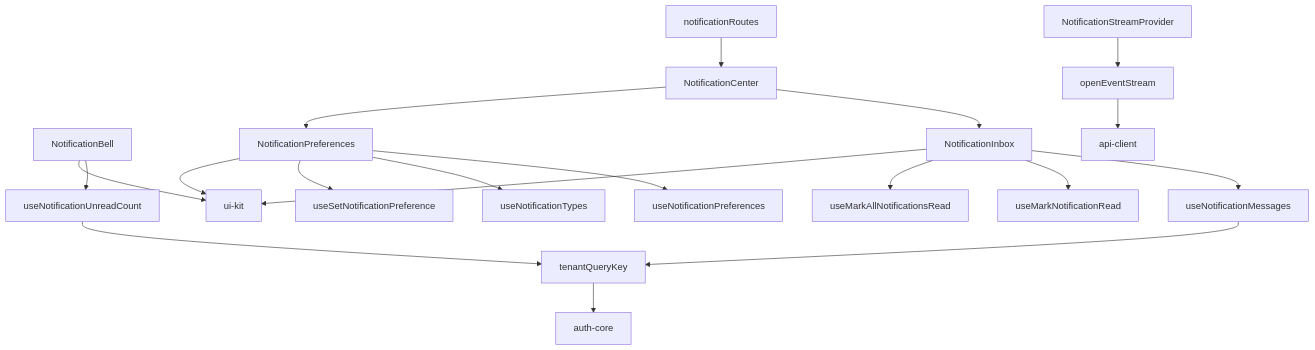
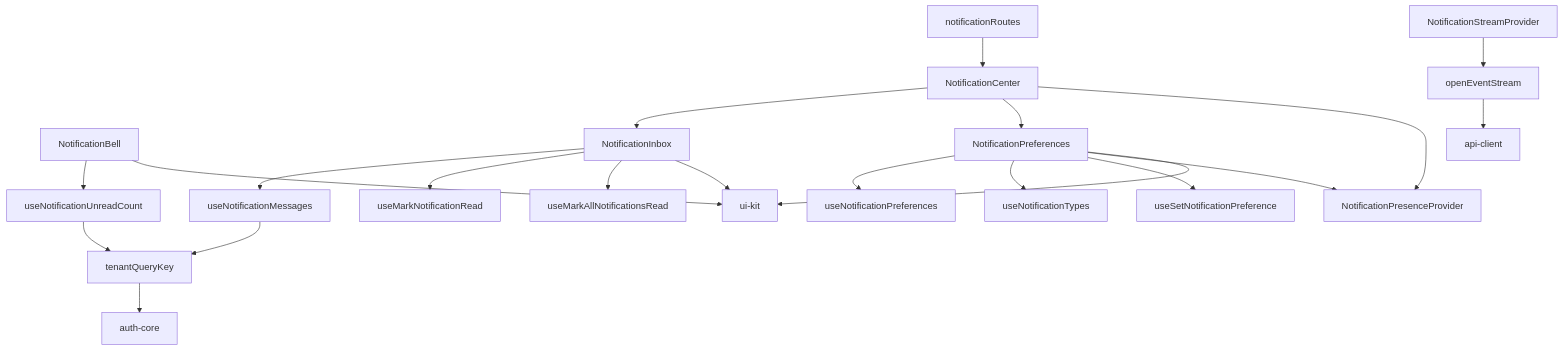
One commit to wangzw/speed changed the diagram in docs/design/modules/web/design-web-notification-ui.md. Above: the diagram before and after it, drawn with Mermaid. The commit also changed other lines of this file and 38 other files, not shown here.

````diff
--- a/docs/design/modules/web/design-web-notification-ui.md
+++ b/docs/design/modules/web/design-web-notification-ui.md
@@ -77,21 +93,23 @@
 ```mermaid
 graph TD
     NotificationBell --> useNotificationUnreadCount
     NotificationInbox --> useNotificationMessages
     NotificationInbox --> useMarkNotificationRead
     NotificationInbox --> useMarkAllNotificationsRead
     NotificationPreferences --> useNotificationPreferences
     NotificationPreferences --> useNotificationTypes
     NotificationPreferences --> useSetNotificationPreference
     NotificationCenter --> NotificationInbox
     NotificationCenter --> NotificationPreferences
+    NotificationCenter --> NotificationPresenceProvider
+    NotificationPreferences --> NotificationPresenceProvider
     NotificationStreamProvider --> openEventStream
     notificationRoutes --> NotificationCenter
     useNotificationUnreadCount --> tenantQueryKey
     useNotificationMessages --> tenantQueryKey
     NotificationBell --> ui-kit
     NotificationInbox --> ui-kit
     NotificationPreferences --> ui-kit
     openEventStream --> api-client
     tenantQueryKey --> auth-core
 ```
````
